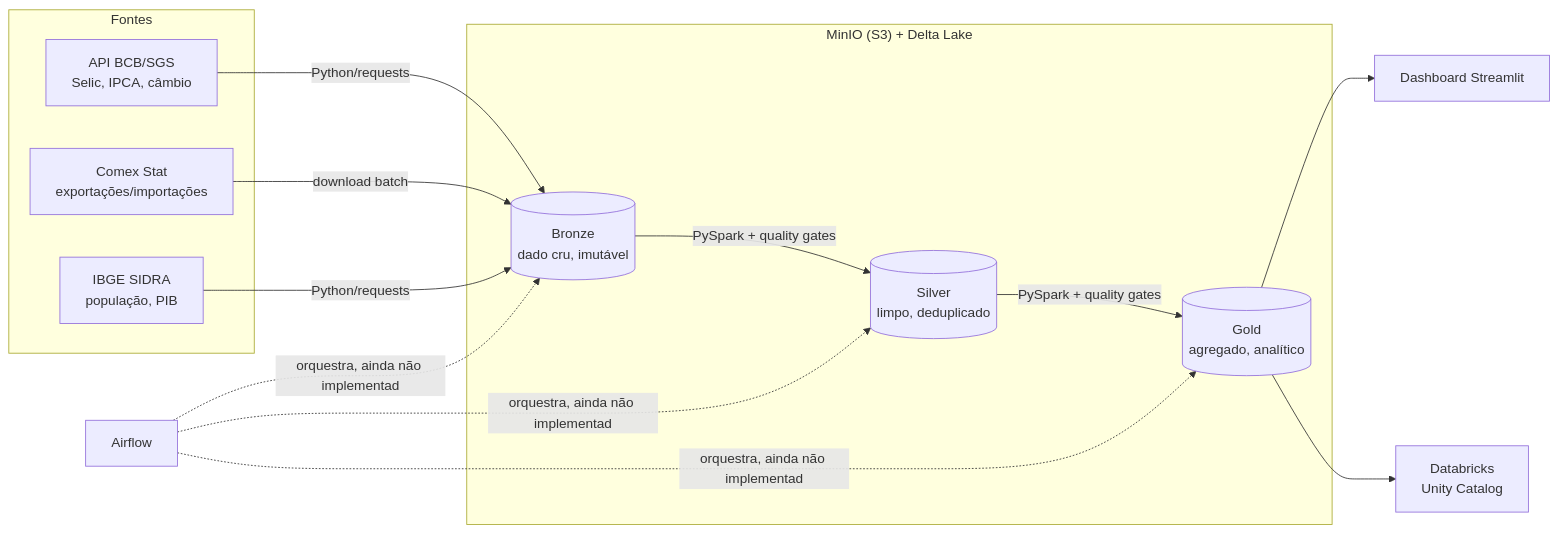
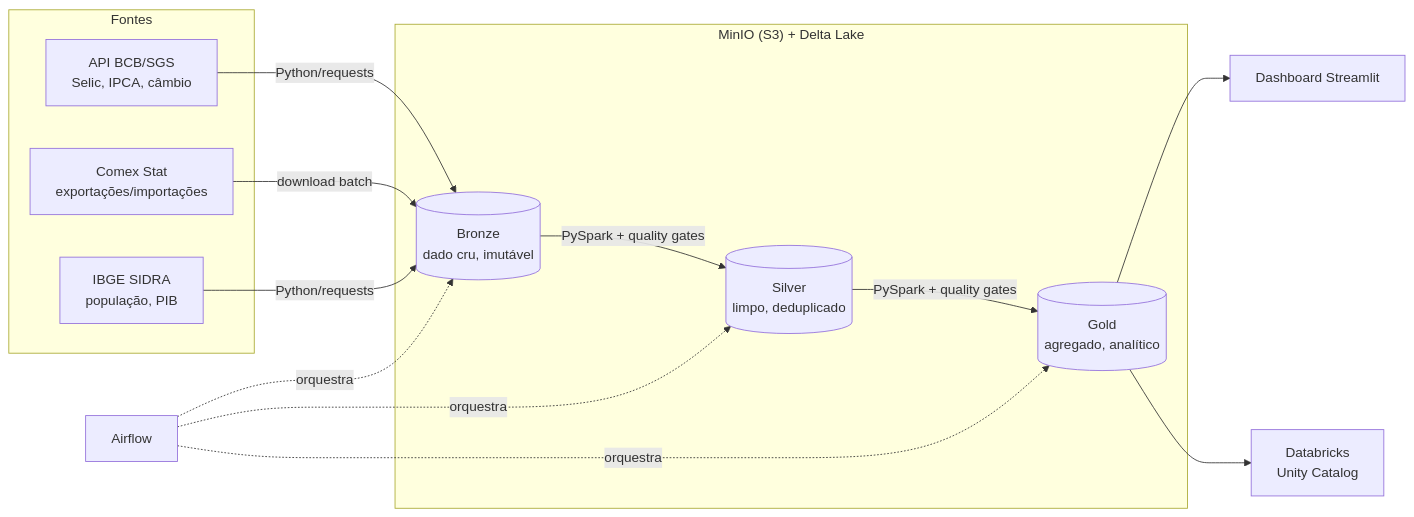
Before and after one commit to JoaoPauloBernardo/LakeHouse_EconomiaBR: the diagram in README.md, drawn with Mermaid. The commit also changed other lines of this file, not shown here.

Commit message:
docs: update README (airflow, tuning, roadmap)

````diff
--- a/README.md
+++ b/README.md
@@ -13,24 +14,24 @@
 ```mermaid
 flowchart LR
     subgraph Fontes
         BCB[API BCB/SGS<br/>Selic, IPCA, câmbio]
         COMEX[Comex Stat<br/>exportações/importações]
         IBGE[IBGE SIDRA<br/>população, PIB]
     end
 
     subgraph Lakehouse["MinIO (S3) + Delta Lake"]
         BR[(Bronze<br/>dado cru, imutável)]
         SV[(Silver<br/>limpo, deduplicado)]
         GD[(Gold<br/>agregado, analítico)]
     end
 
     BCB -->|Python/requests| BR
     COMEX -->|download batch| BR
     IBGE -->|Python/requests| BR
     BR -->|PySpark + quality gates| SV
     SV -->|PySpark + quality gates| GD
     GD --> DASH[Dashboard Streamlit]
     GD --> DBX[Databricks<br/>Unity Catalog]
 
-    AF[Airflow] -.orquestra, ainda não implementado.-> BR & SV & GD
+    AF[Airflow] -.orquestra.-> BR & SV & GD
 ```
````
